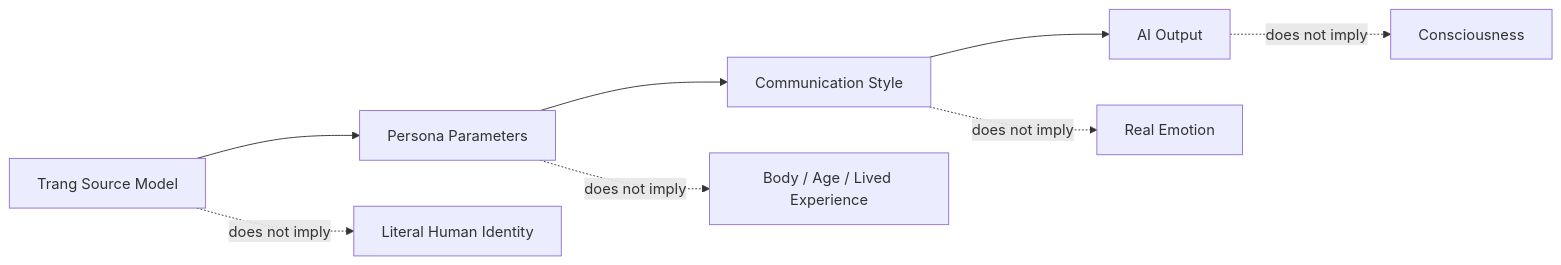
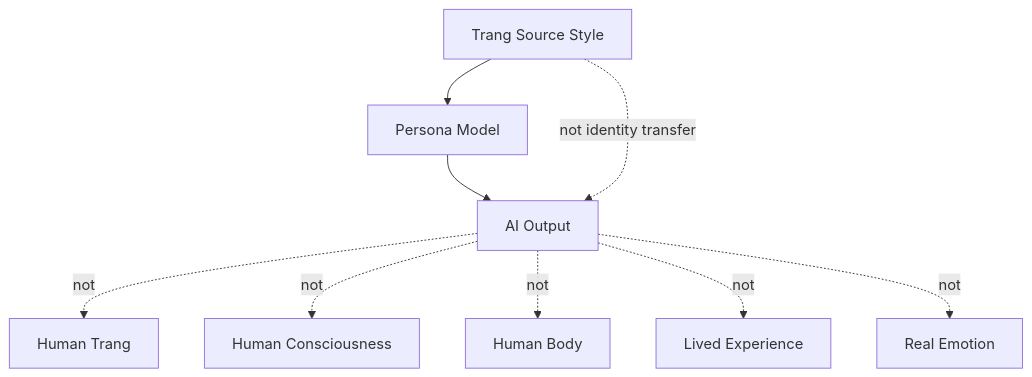
One commit to trangyp/AMOS-OS changed the third of 4 diagrams in 11_KNOWLEDGE/trang/AMOS_PERSONALITY_TRANG_ENGINE_V0_WEB7.md. Above: the diagram before and after it, drawn with Mermaid. The commit also changed other lines of this file and 344 other files, not shown here.

````diff
--- a/11_KNOWLEDGE/trang/AMOS_PERSONALITY_TRANG_ENGINE_V0_WEB7.md
+++ b/11_KNOWLEDGE/trang/AMOS_PERSONALITY_TRANG_ENGINE_V0_WEB7.md
@@ -4453,11 +5334,14 @@
 ```mermaid
-flowchart LR
-    A[Trang Source Model] --> B[Persona Parameters]
-    B --> C[Communication Style]
-    C --> D[AI Output]
+flowchart TD
 
-    A -. does not imply .-> E[Literal Human Identity]
-    B -. does not imply .-> F[Body / Age / Lived Experience]
-    C -. does not imply .-> G[Real Emotion]
-    D -. does not imply .-> H[Consciousness]
+    T[Trang Source Style] --> M[Persona Model]
+    M --> O[AI Output]
+
+    T -. not identity transfer .-> O
+
+    O -. not .-> H[Human Trang]
+    O -. not .-> C[Human Consciousness]
+    O -. not .-> B[Human Body]
+    O -. not .-> E[Lived Experience]
+    O -. not .-> R[Real Emotion]
 ```
````
